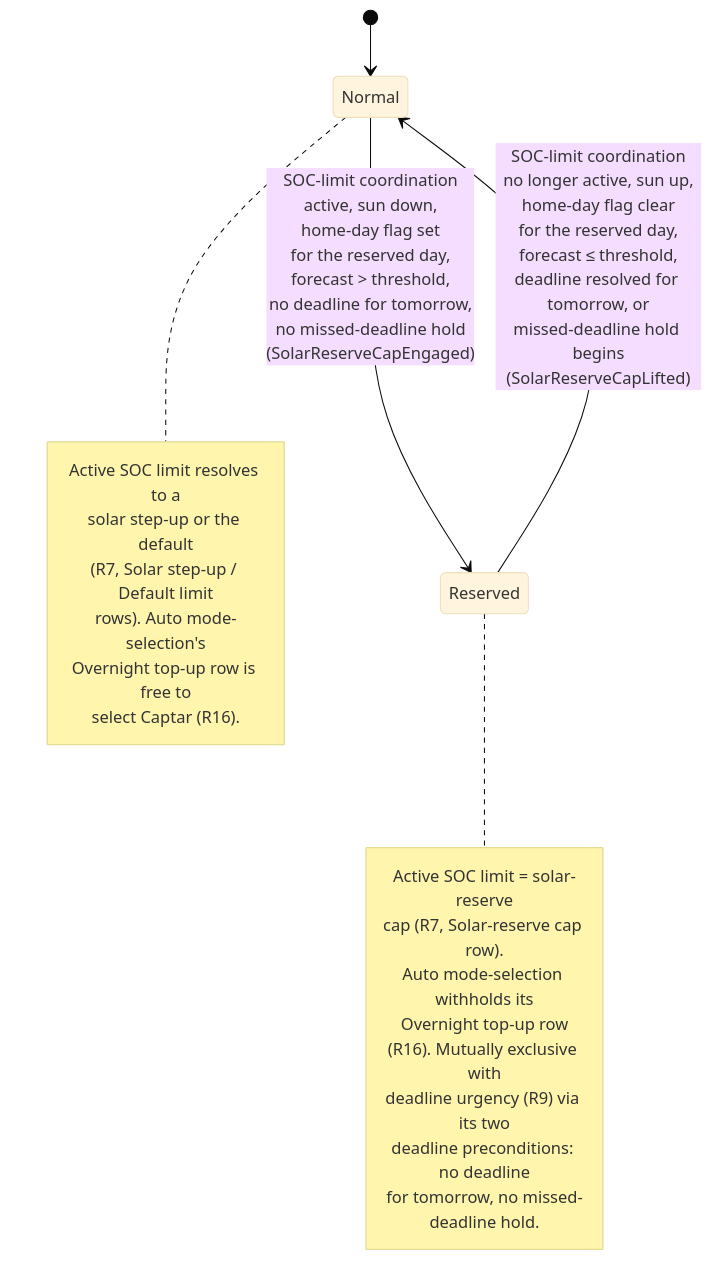
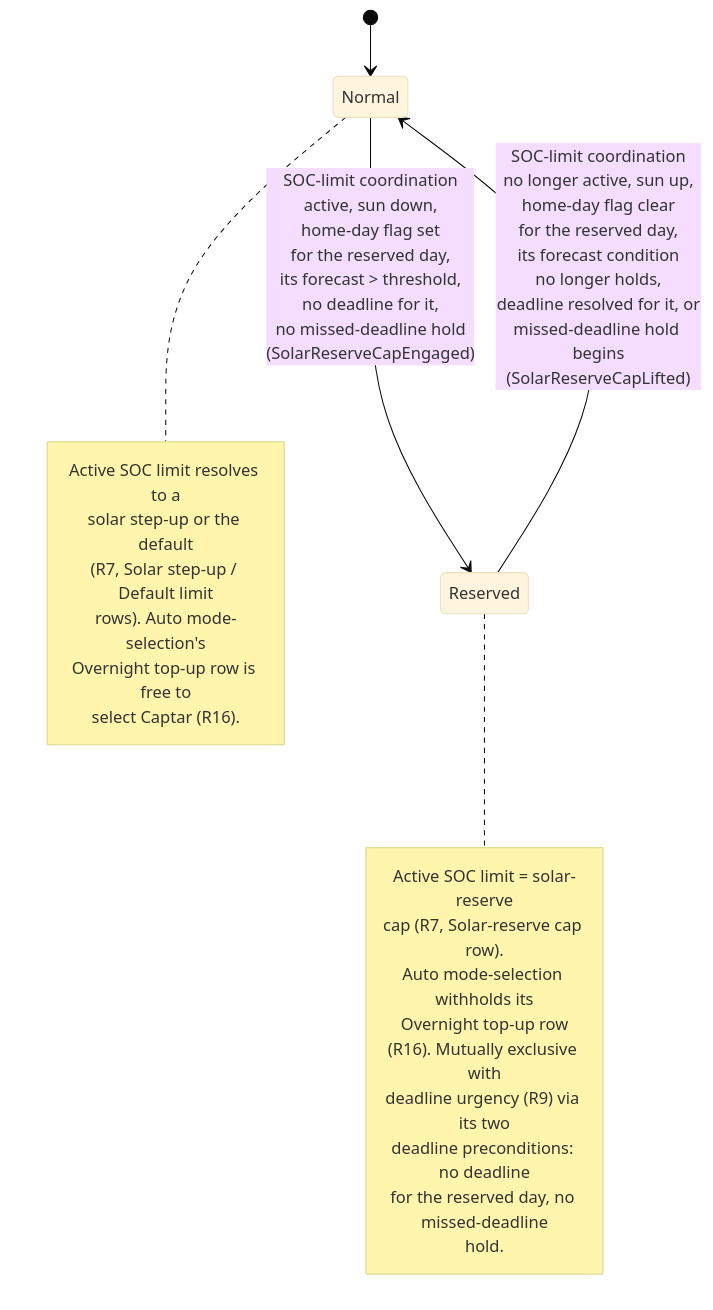
One commit to kristofdegrave/homeassistant-smart-charging changed the diagram in docs/analysis/use-cases/UC07-reserve-capacity-for-tomorrow.md. Above: the diagram before and after it, drawn with Mermaid (base theme). The commit also changed other lines of this file and 7 other files, not shown here.

First line of the commit message:
uc: the solar-reserve cap's deadline precondition and forecast read the reserved day (#1362) (#1370)

````diff
--- a/docs/analysis/use-cases/UC07-reserve-capacity-for-tomorrow.md
+++ b/docs/analysis/use-cases/UC07-reserve-capacity-for-tomorrow.md
@@ -147,24 +157,25 @@
 ```mermaid
 stateDiagram-v2
     [*] --> Normal
-    Normal --> Reserved: SOC-limit coordination<br/>active, sun down,<br/>home-day flag set<br/>for the reserved day,<br/>forecast > threshold,<br/>no deadline for tomorrow,<br/>no missed-deadline hold<br/>(SolarReserveCapEngaged)
-    Reserved --> Normal: SOC-limit coordination<br/>no longer active, sun up,<br/>home-day flag clear<br/>for the reserved day,<br/>forecast ≤ threshold,<br/>deadline resolved for tomorrow, or<br/>missed-deadline hold begins<br/>(SolarReserveCapLifted)
+    Normal --> Reserved: SOC-limit coordination<br/>active, sun down,<br/>home-day flag set<br/>for the reserved day,<br/>its forecast > threshold,<br/>no deadline for it,<br/>no missed-deadline hold<br/>(SolarReserveCapEngaged)
+    Reserved --> Normal: SOC-limit coordination<br/>no longer active, sun up,<br/>home-day flag clear<br/>for the reserved day,<br/>its forecast condition<br/>no longer holds,<br/>deadline resolved for it, or<br/>missed-deadline hold begins<br/>(SolarReserveCapLifted)
     note right of Reserved
         Active SOC limit = solar-reserve
         cap (R7, Solar-reserve cap row).
         Auto mode-selection withholds its
         Overnight top-up row
         (R16). Mutually exclusive with
         deadline urgency (R9) via its two
         deadline preconditions: no deadline
-        for tomorrow, no missed-deadline hold.
+        for the reserved day, no missed-deadline
+        hold.
     end note
     note right of Normal
         Active SOC limit resolves to a
         solar step-up or the default
         (R7, Solar step-up / Default limit
         rows). Auto mode-selection's
         Overnight top-up row is free to
         select Captar (R16).
     end note
 ```
````
